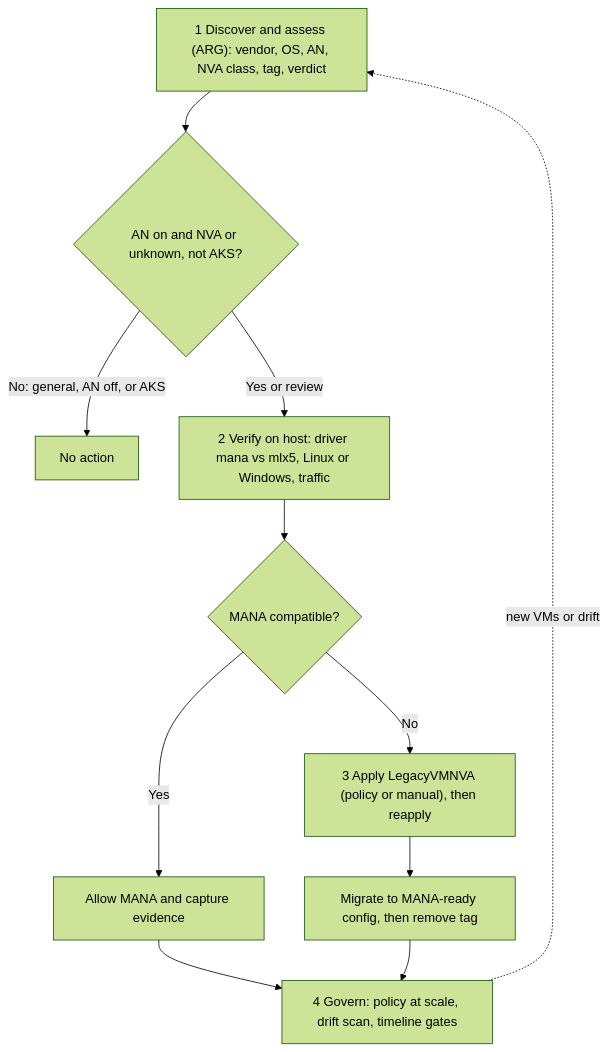
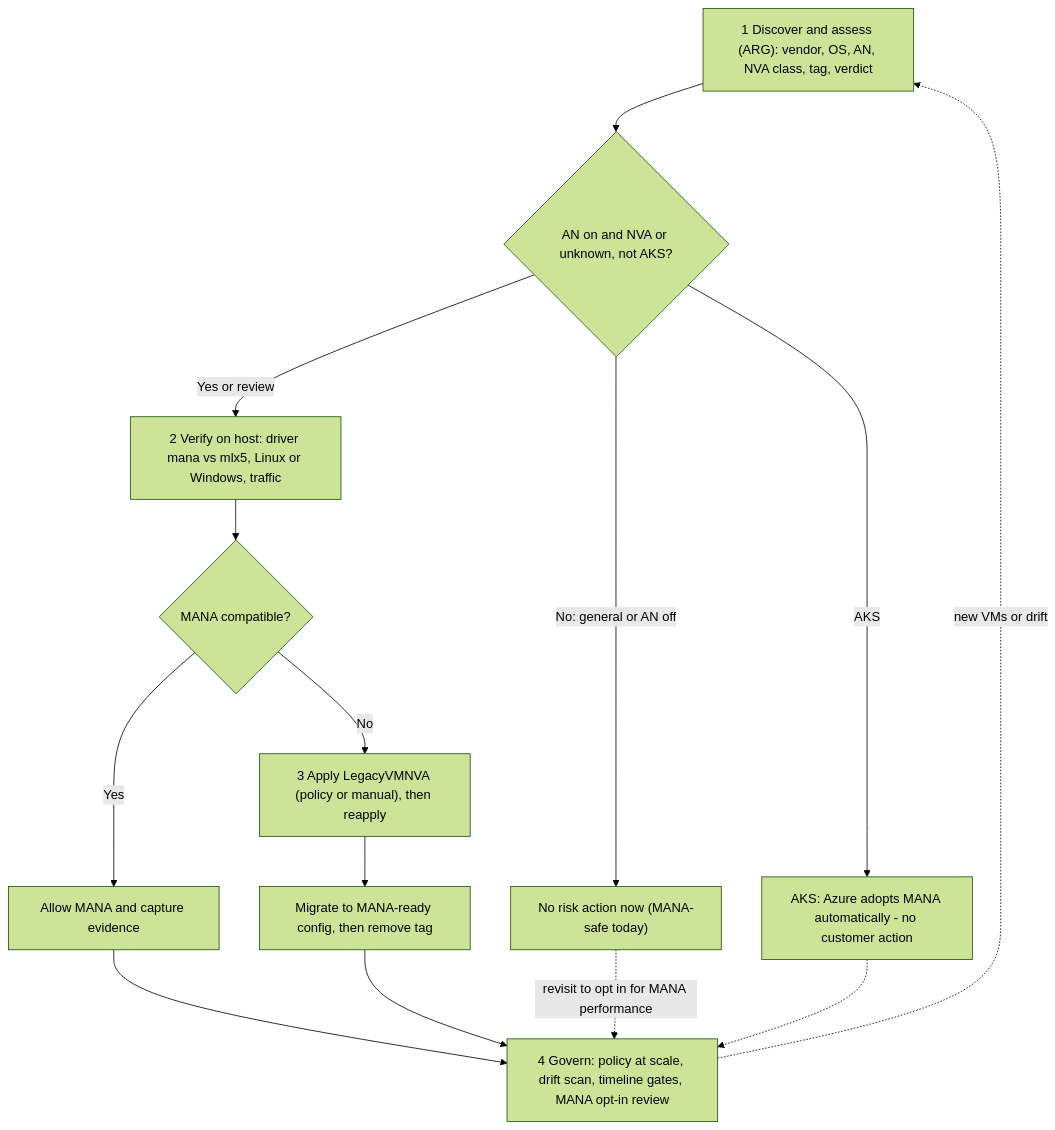
The second of 2 diagrams in README.md (kpkool/azure-mana-nva-toolkit), drawn with Mermaid (forest theme) before and after one commit. The commit also changed other lines of this file and 4 other files, not shown here.

First line of the commit message:
docs: 'No action' is not a dead-end — add MANA optimization/opt-in lifecycle track

````diff
--- a/README.md
+++ b/README.md
@@ -39,13 +44,16 @@
 ```mermaid
 flowchart TD
   A["1 Discover and assess (ARG): vendor, OS, AN, NVA class, tag, verdict"] --> B{"AN on and NVA or unknown, not AKS?"}
-  B -->|"No: general, AN off, or AKS"| Z["No action"]
+  B -->|"No: general or AN off"| Z["No risk action now (MANA-safe today)"]
+  B -->|"AKS"| K["AKS: Azure adopts MANA automatically - no customer action"]
   B -->|"Yes or review"| C["2 Verify on host: driver mana vs mlx5, Linux or Windows, traffic"]
   C --> D{"MANA compatible?"}
   D -->|"Yes"| E["Allow MANA and capture evidence"]
   D -->|"No"| F["3 Apply LegacyVMNVA (policy or manual), then reapply"]
   F --> G["Migrate to MANA-ready config, then remove tag"]
-  E --> H["4 Govern: policy at scale, drift scan, timeline gates"]
+  E --> H["4 Govern: policy at scale, drift scan, timeline gates, MANA opt-in review"]
   G --> H
+  Z -.->|"revisit to opt in for MANA performance"| H
+  K -.-> H
   H -.->|"new VMs or drift"| A
 ```
````
